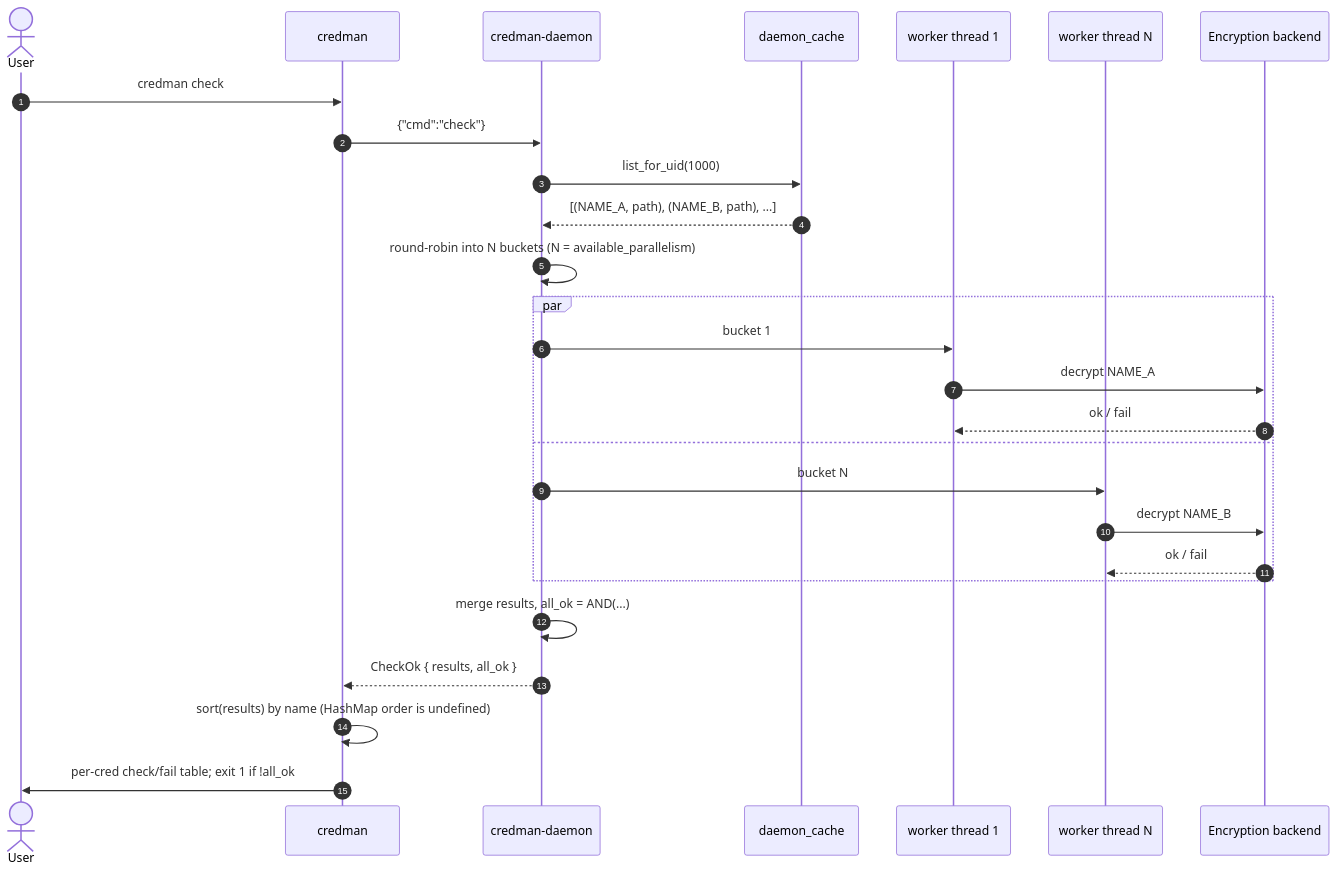
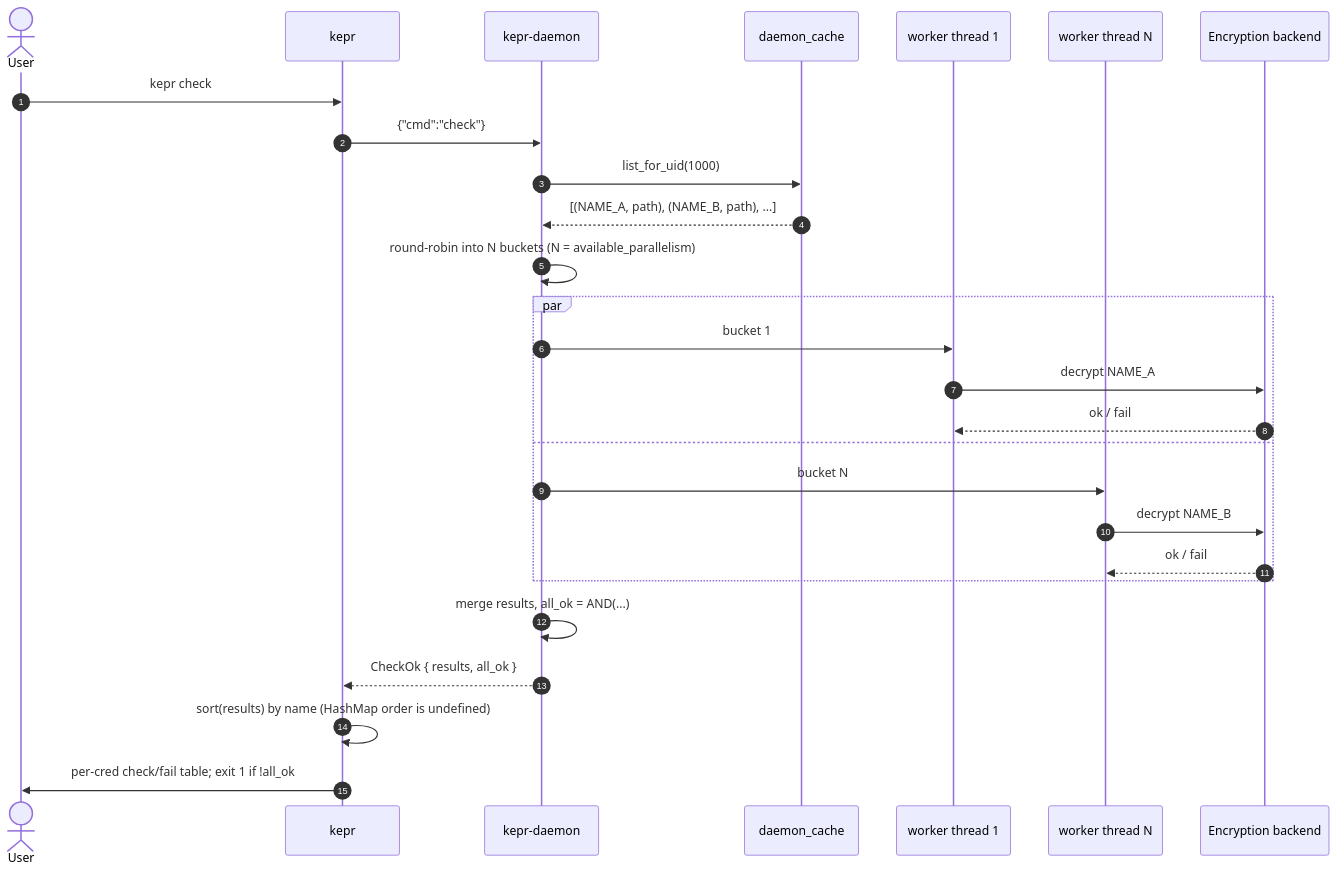
Before and after one commit to justdoGIT/kepr: the third of 5 diagrams in docs/content/docs/architecture/sequence-diagrams.mdx, drawn with Mermaid. The commit also changed other lines of this file and 14 other files, not shown here.

````diff
--- a/docs/content/docs/architecture/sequence-diagrams.mdx
+++ b/docs/content/docs/architecture/sequence-diagrams.mdx
@@ -68,30 +68,30 @@
 ```mermaid
 sequenceDiagram
     autonumber
     actor U as User
-    participant CLI as credman
-    participant D as credman-daemon
+    participant CLI as kepr
+    participant D as kepr-daemon
     participant CACHE as daemon_cache
     participant W1 as worker thread 1
     participant W2 as worker thread N
     participant BE as Encryption backend
 
-    U->>CLI: credman check
+    U->>CLI: kepr check
     CLI->>D: {"cmd":"check"}
     D->>CACHE: list_for_uid(1000)
     CACHE-->>D: [(NAME_A, path), (NAME_B, path), ...]
     D->>D: round-robin into N buckets (N = available_parallelism)
     par
         D->>W1: bucket 1
         W1->>BE: decrypt NAME_A
         BE-->>W1: ok / fail
     and
         D->>W2: bucket N
         W2->>BE: decrypt NAME_B
         BE-->>W2: ok / fail
     end
     D->>D: merge results, all_ok = AND(...)
     D-->>CLI: CheckOk { results, all_ok }
     CLI->>CLI: sort(results) by name (HashMap order is undefined)
     CLI->>U: per-cred check/fail table#59; exit 1 if !all_ok
 ```
````
